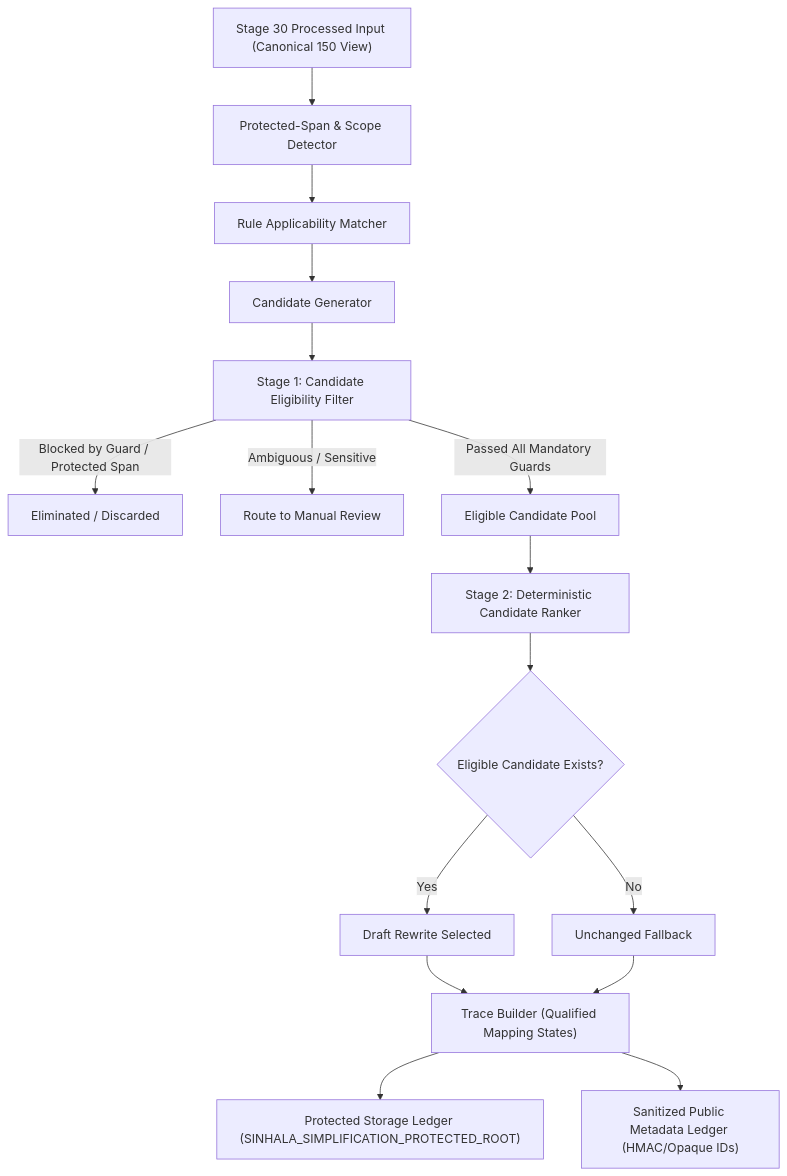
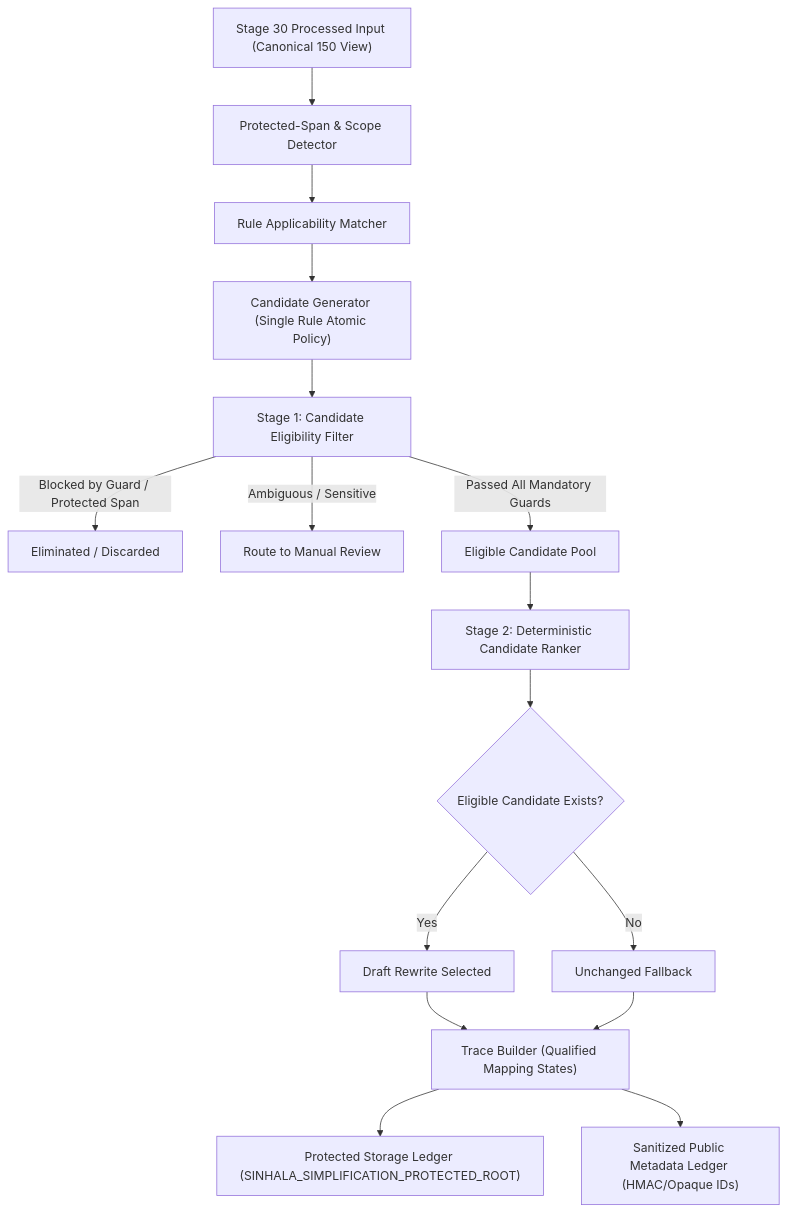
Before and after one commit to LasinduDeshan/Language_Simplification_MVP: the first of 2 diagrams in docs/stage33_implementation_plan.md, drawn with Mermaid. The commit also changed other lines of this file and 37 other files, not shown here.

````diff
--- a/docs/stage33_implementation_plan.md
+++ b/docs/stage33_implementation_plan.md
@@ -114,18 +120,18 @@
 ```mermaid
 flowchart TD
     A["Stage 30 Processed Input (Canonical 150 View)"] --> B["Protected-Span & Scope Detector"]
     B --> C["Rule Applicability Matcher"]
-    C --> D["Candidate Generator"]
+    C --> D["Candidate Generator (Single Rule Atomic Policy)"]
     D --> E["Stage 1: Candidate Eligibility Filter"]
     E -- "Blocked by Guard / Protected Span" --> F1["Eliminated / Discarded"]
     E -- "Ambiguous / Sensitive" --> F2["Route to Manual Review"]
     E -- "Passed All Mandatory Guards" --> G["Eligible Candidate Pool"]
     G --> H["Stage 2: Deterministic Candidate Ranker"]
     H --> I{"Eligible Candidate Exists?"}
-    I -- Yes --> J["Draft Rewrite Selected"]
-    I -- No --> K["Unchanged Fallback"]
+    I -- "Yes" --> J["Draft Rewrite Selected"]
+    I -- "No" --> K["Unchanged Fallback"]
     J --> L["Trace Builder (Qualified Mapping States)"]
     K --> L
     L --> M["Protected Storage Ledger (SINHALA_SIMPLIFICATION_PROTECTED_ROOT)"]
     L --> N["Sanitized Public Metadata Ledger (HMAC/Opaque IDs)"]
 ```
````
